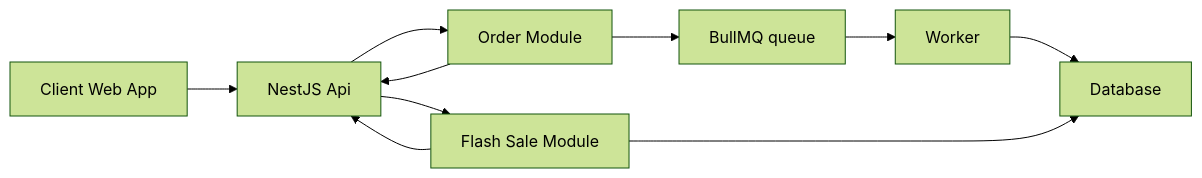
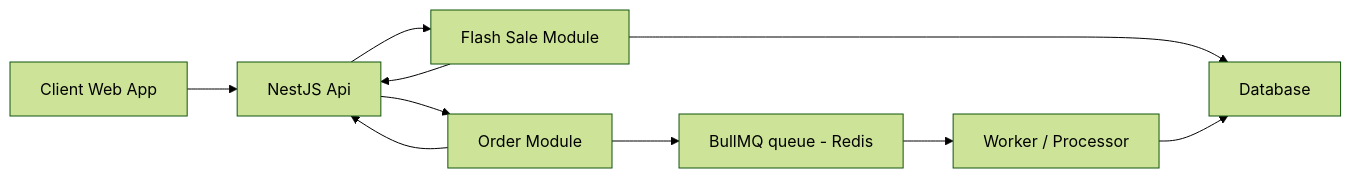
Before and after one commit to lesterodra/flash-sale-api: the diagram in README.md, drawn with Mermaid (forest theme).

````diff
--- a/README.md
+++ b/README.md
@@ -9,20 +9,20 @@
 ```mermaid
 flowchart LR
 
 Client[Client Web App] --> API[NestJS Api]
 
+API --> FS[Flash Sale Module]
+FS --> DB
+FS --> API
+
 API --> OR[Order Module]
 
 OR --> API
 
-OR --> Q[BullMQ queue]
+OR --> Q[BullMQ queue - Redis]
 
-Q --> W[Worker]
+Q --> W[Worker / Processor]
 
 W --> DB[Database]
 
-API --> FS[Flash Sale Module]
-FS --> DB
-FS --> API
-
 ```
````
